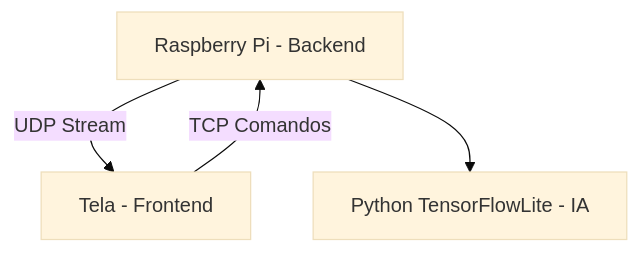
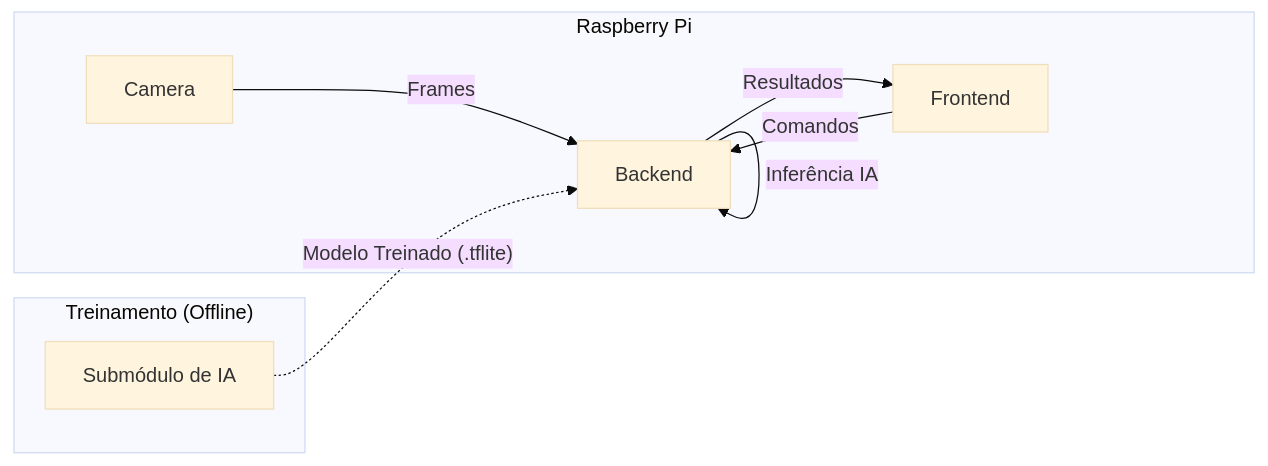
One commit to imtavin/strawberry-ai changed the first of 2 diagrams in README.md. Above: the diagram before and after it, drawn with Mermaid (base theme). The commit also changed other lines of this file and 6 other files, not shown here.

````diff
--- a/README.md
+++ b/README.md
@@ -28,6 +73,19 @@
 ```mermaid
-flowchart TB
-    Backend[Raspberry Pi - Backend] -->|UDP Stream| Frontend[Tela - Frontend]
-    Frontend -->|TCP Comandos| Backend
-    Backend --> IA[Python TensorFlowLite - IA]
+flowchart LR
+    Camera -->|Frames| Backend
+    Backend -->|Inferência IA| Backend
+    Backend -->|Resultados| Frontend
+    Frontend -->|Comandos| Backend
+
+    subgraph Raspberry_Pi["Raspberry Pi"]
+        Camera
+        Backend
+        Frontend
+    end
+
+    subgraph Treinamento_Offline["Treinamento (Offline)"]
+        IA["Submódulo de IA"]
+    end
+
+    IA -.->|"Modelo Treinado (.tflite)"| Backend
 ```
````
